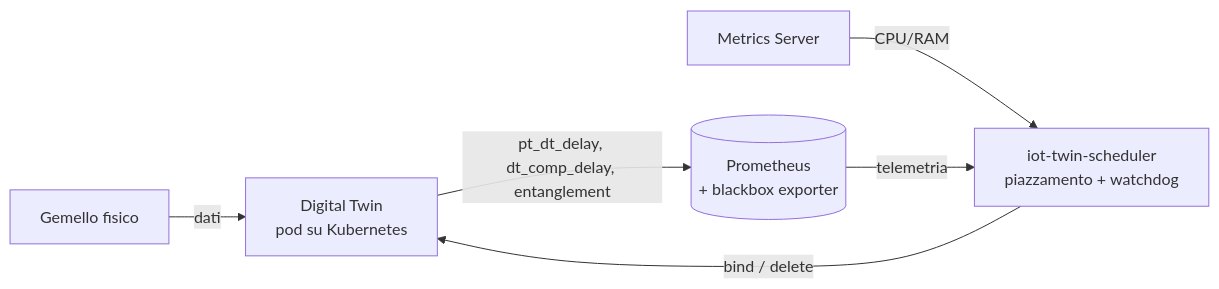
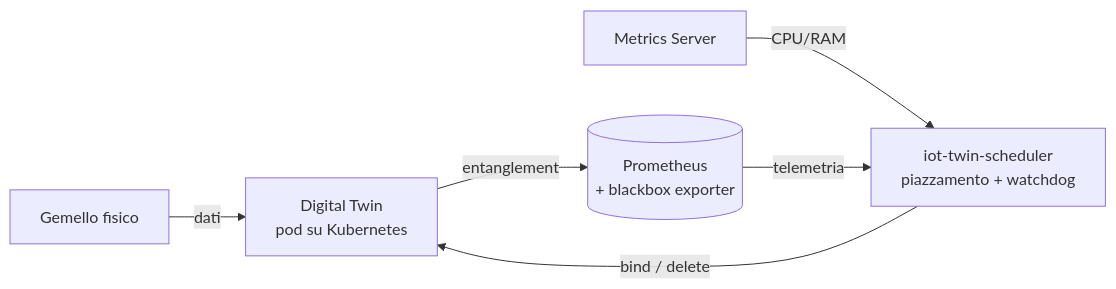
One commit to AndreaProzzo21/context-aware-dt-scheduler changed the diagram in README.md. Above: the diagram before and after it, drawn with Mermaid. The commit also changed other lines of this file, not shown here.

````diff
--- a/README.md
+++ b/README.md
@@ -22,8 +22,8 @@
 ```mermaid
 flowchart LR
     PT["Gemello fisico"] -- "dati" --> DT["Digital Twin<br/>pod su Kubernetes"]
-    DT -- "pt_dt_delay, dt_comp_delay, entanglement" --> PROM[("Prometheus<br/>+ blackbox exporter")]
+    DT -- "entanglement" --> PROM[("Prometheus<br/>+ blackbox exporter")]
     MS["Metrics Server"] -- "CPU/RAM" --> SCH
     PROM -- "telemetria" --> SCH["iot-twin-scheduler<br/>piazzamento + watchdog"]
     SCH -- "bind / delete" --> DT
 ```
````
